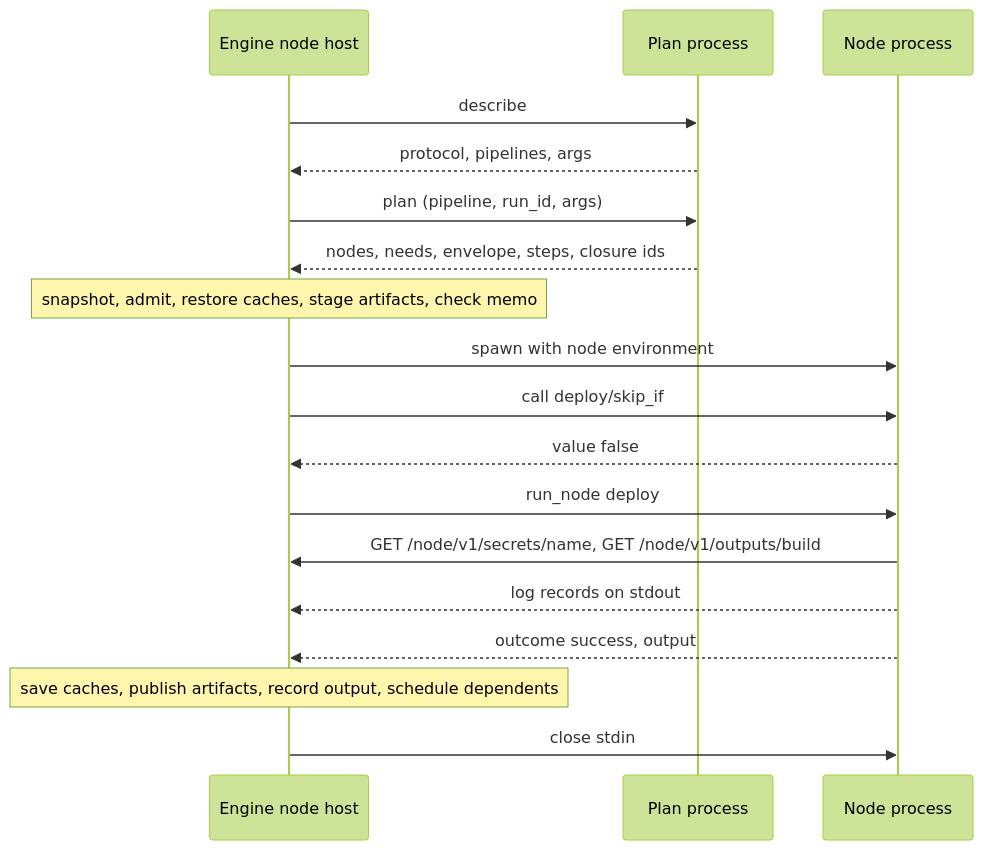
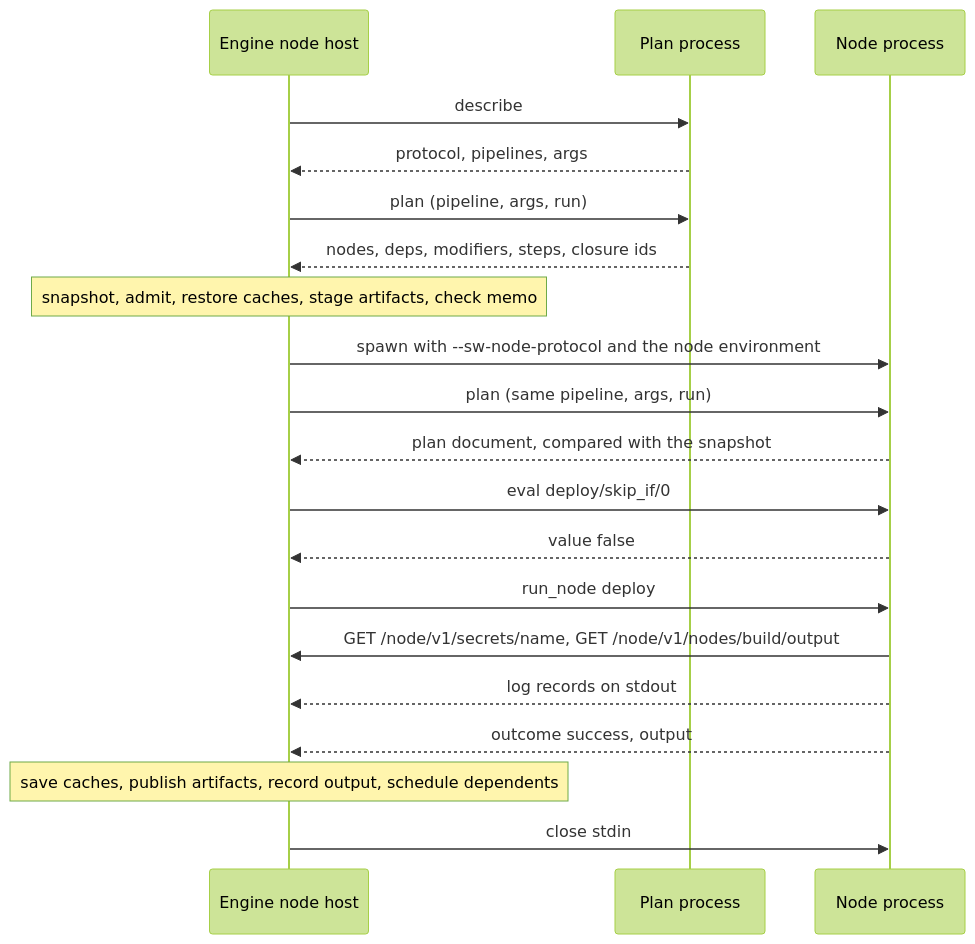
One commit to sparkwing-dev/sparkwing changed the third of 4 diagrams in docs/design/engine-hosted-execution.md. Above: the diagram before and after it, drawn with Mermaid (forest theme). The commit also changed other lines of this file and 1 other file, not shown here.

First line of the commit message:
docs(design): align engine-hosted execution with the node protocol framing

````diff
--- a/docs/design/engine-hosted-execution.md
+++ b/docs/design/engine-hosted-execution.md
@@ -132,20 +148,22 @@
 ```mermaid
 sequenceDiagram
   participant H as Engine node host
   participant P as Plan process
   participant N as Node process
   H->>P: describe
   P-->>H: protocol, pipelines, args
-  H->>P: plan (pipeline, run_id, args)
-  P-->>H: nodes, needs, envelope, steps, closure ids
+  H->>P: plan (pipeline, args, run)
+  P-->>H: nodes, deps, modifiers, steps, closure ids
   Note over H: snapshot, admit, restore caches, stage artifacts, check memo
-  H->>N: spawn with node environment
-  H->>N: call deploy/skip_if
+  H->>N: spawn with --sw-node-protocol and the node environment
+  H->>N: plan (same pipeline, args, run)
+  N-->>H: plan document, compared with the snapshot
+  H->>N: eval deploy/skip_if/0
   N-->>H: value false
   H->>N: run_node deploy
-  N->>H: GET /node/v1/secrets/name, GET /node/v1/outputs/build
+  N->>H: GET /node/v1/secrets/name, GET /node/v1/nodes/build/output
   N-->>H: log records on stdout
   N-->>H: outcome success, output
   Note over H: save caches, publish artifacts, record output, schedule dependents
   H->>N: close stdin
 ```
````
